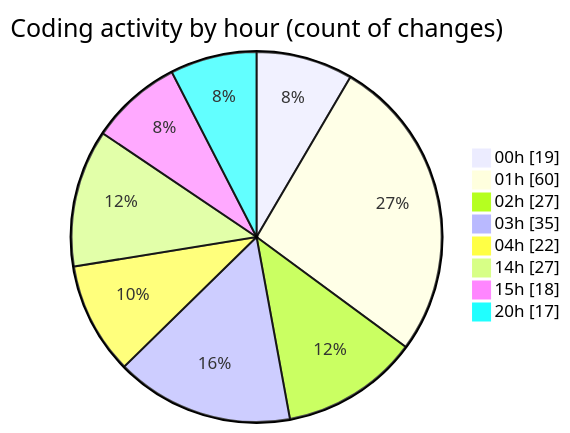
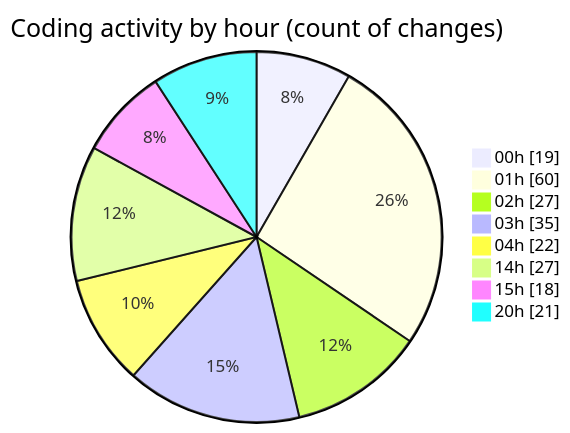
The second of 2 diagrams in 2025-07-25/quanlyrapchieuphim-1/README.md (lephambinh05/code-tracking), drawn with Mermaid before and after one commit. The commit also changed other lines of this file and 1 other file, not shown here.

````diff
--- a/2025-07-25/quanlyrapchieuphim-1/README.md
+++ b/2025-07-25/quanlyrapchieuphim-1/README.md
@@ -36,12 +36,12 @@
 ```mermaid
 pie showData
 title Coding activity by hour (count of changes)
 "00h" : 19
 "01h" : 60
 "02h" : 27
 "03h" : 35
 "04h" : 22
 "14h" : 27
 "15h" : 18
-"20h" : 17
+"20h" : 21
 ```
````
